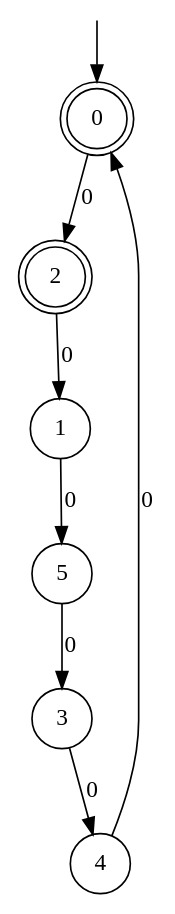
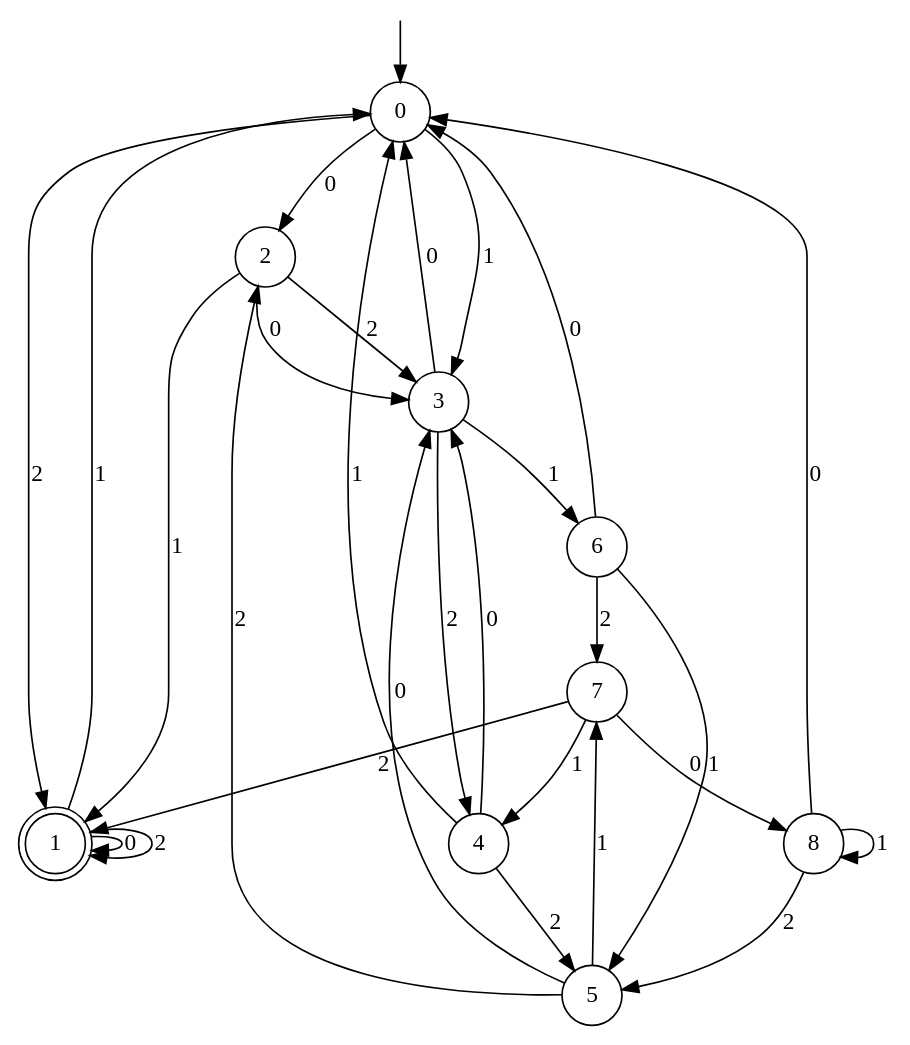
The diagram in algorithms/incremental/ilstar/classic-diff.dot (rasofema/learnlib), drawn with Graphviz before and after one commit. The commit also changed 19 other files, not shown here.

```diff
--- a/algorithms/incremental/ilstar/classic-diff.dot
+++ b/algorithms/incremental/ilstar/classic-diff.dot
@@ -1,19 +1,43 @@
 digraph g {
 
-	s0 [shape="doublecircle" label="0"];
-	s1 [shape="circle" label="1"];
-	s2 [shape="doublecircle" label="2"];
+	s0 [shape="circle" label="0"];
+	s1 [shape="doublecircle" label="1"];
+	s2 [shape="circle" label="2"];
 	s3 [shape="circle" label="3"];
 	s4 [shape="circle" label="4"];
 	s5 [shape="circle" label="5"];
+	s6 [shape="circle" label="6"];
+	s7 [shape="circle" label="7"];
+	s8 [shape="circle" label="8"];
 	s0 -> s2 [label="0"];
-	s1 -> s5 [label="0"];
-	s2 -> s1 [label="0"];
-	s3 -> s4 [label="0"];
-	s4 -> s0 [label="0"];
+	s0 -> s3 [label="1"];
+	s0 -> s1 [label="2"];
+	s1 -> s1 [label="0"];
+	s1 -> s0 [label="1"];
+	s1 -> s1 [label="2"];
+	s2 -> s3 [label="0"];
+	s2 -> s1 [label="1"];
+	s2 -> s3 [label="2"];
+	s3 -> s0 [label="0"];
+	s3 -> s6 [label="1"];
+	s3 -> s4 [label="2"];
+	s4 -> s3 [label="0"];
+	s4 -> s0 [label="1"];
+	s4 -> s5 [label="2"];
 	s5 -> s3 [label="0"];
+	s5 -> s7 [label="1"];
+	s5 -> s2 [label="2"];
+	s6 -> s0 [label="0"];
+	s6 -> s5 [label="1"];
+	s6 -> s7 [label="2"];
+	s7 -> s8 [label="0"];
+	s7 -> s4 [label="1"];
+	s7 -> s1 [label="2"];
+	s8 -> s0 [label="0"];
+	s8 -> s8 [label="1"];
+	s8 -> s5 [label="2"];
 
 __start0 [label="" shape="none" width="0" height="0"];
 __start0 -> s0;
 
 }
```
